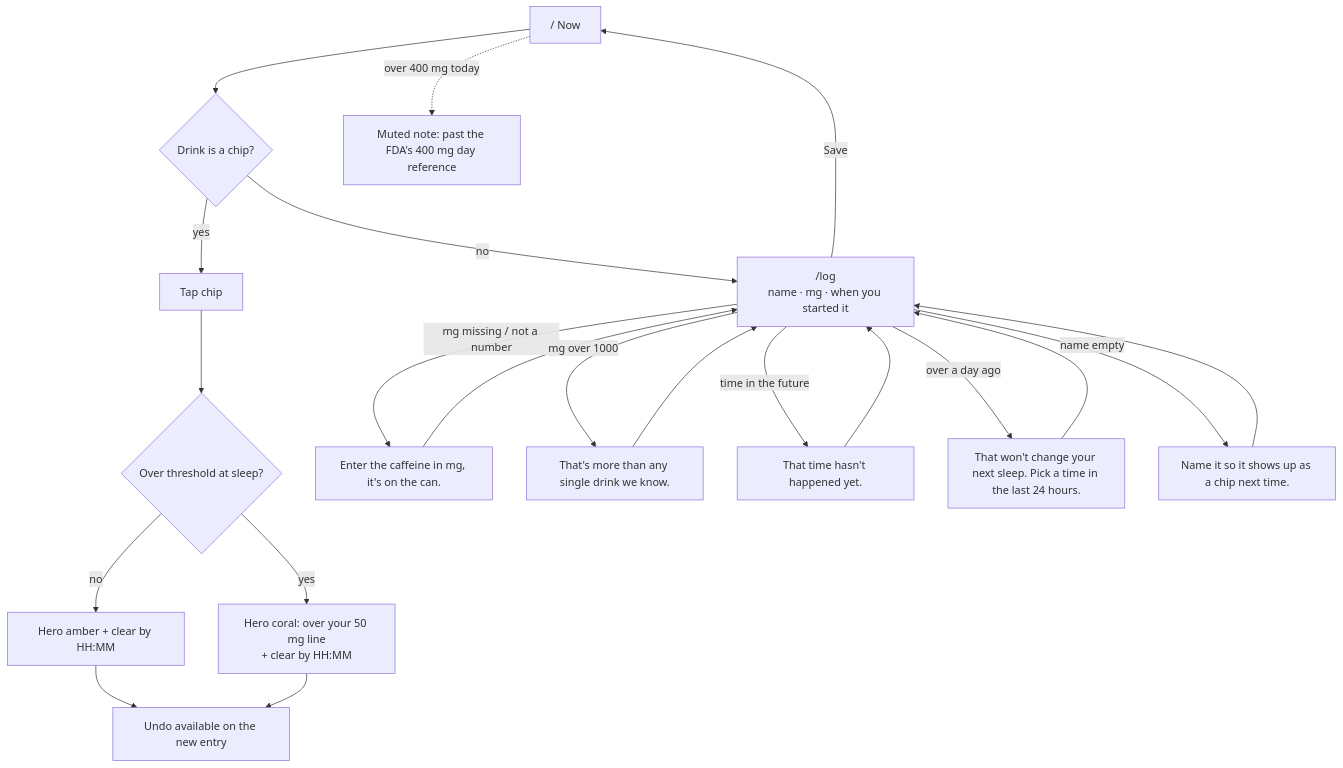
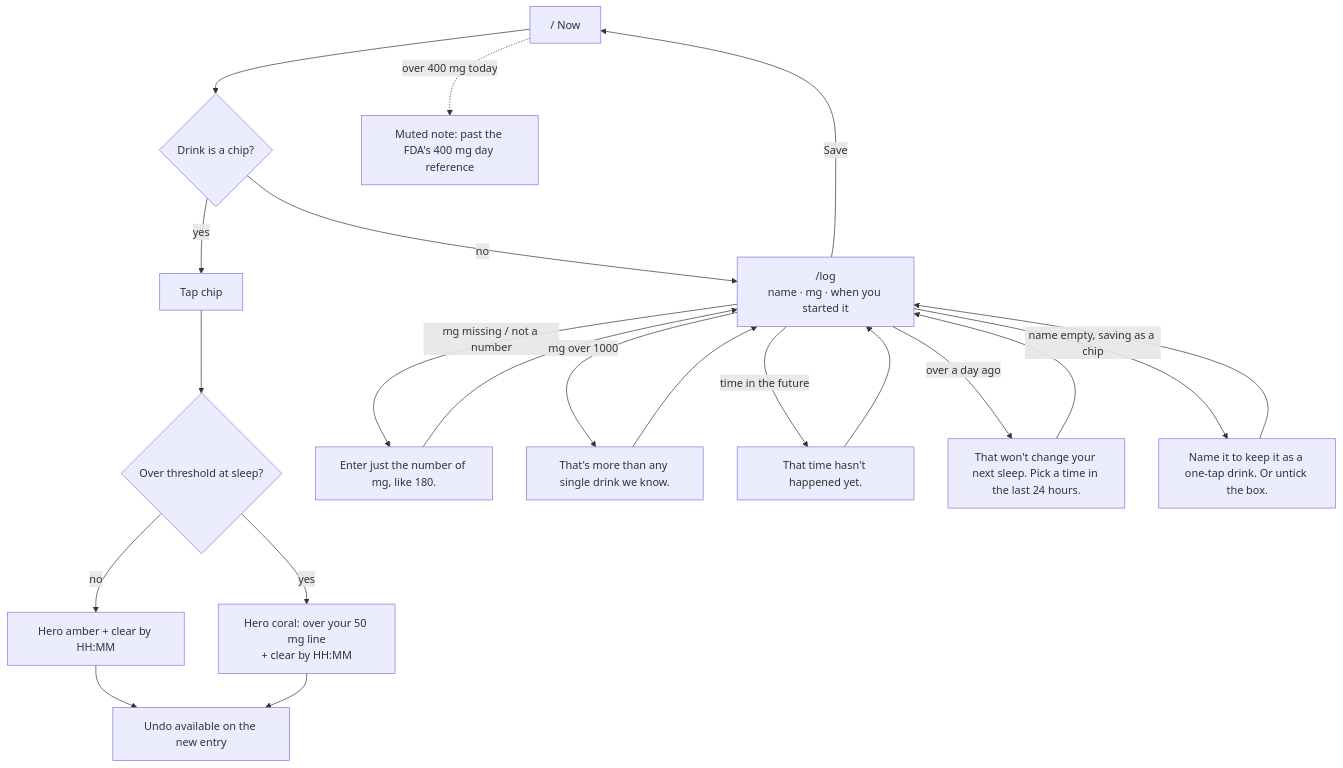
One commit to nocturnalvigilante/design_ship_build_homework_3 changed the second of 3 diagrams in README.md. Above: the diagram before and after it, drawn with Mermaid. The commit also changed 2 other files, not shown here.

Commit message:
log: '180mg large' reads as 180, and a one-off needs no name
First-run check: a tired '180mg large' was rejected though the number was
right there, and naming a drink was required even when not saving it as a
chip. The mg placeholder '80' looked pre-filled, so it's gone. Flows updated.

````diff
--- a/README.md
+++ b/README.md
@@ -48,18 +48,18 @@
 ```mermaid
 flowchart TD
   A["/ Now"] --> B{Drink is a chip?}
   B -- yes --> C[Tap chip]
   C --> D{Over threshold at sleep?}
   D -- no --> E[Hero amber + clear by HH:MM]
   D -- yes --> F[Hero coral: over your 50 mg line<br/>+ clear by HH:MM]
   E & F --> U[Undo available on the new entry]
   B -- no --> L["/log<br/>name · mg · when you started it"]
-  L -- mg missing / not a number --> L1[Enter the caffeine in mg, it's on the can.]
+  L -- mg missing / not a number --> L1[Enter just the number of mg, like 180.]
   L -- mg over 1000 --> L2[That's more than any single drink we know.]
   L -- time in the future --> L3[That time hasn't happened yet.]
   L -- over a day ago --> L5[That won't change your next sleep. Pick a time in the last 24 hours.]
-  L -- name empty --> L4[Name it so it shows up as a chip next time.]
+  L -- name empty, saving as a chip --> L4[Name it to keep it as a one-tap drink. Or untick the box.]
   L1 & L2 & L3 & L4 & L5 --> L
   L -- Save --> A
   A -. over 400 mg today .-> N[Muted note: past the FDA's 400 mg day reference]
 ```
````
